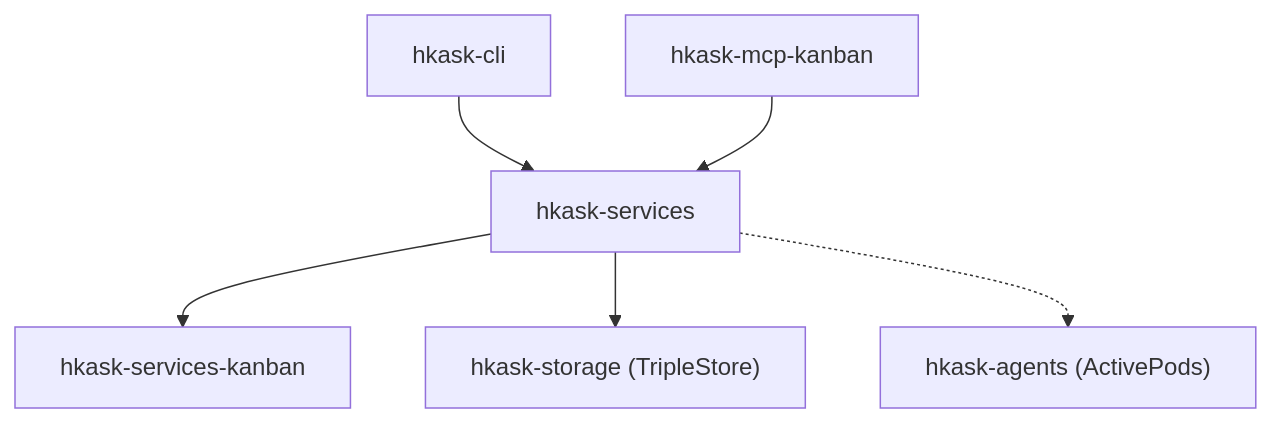
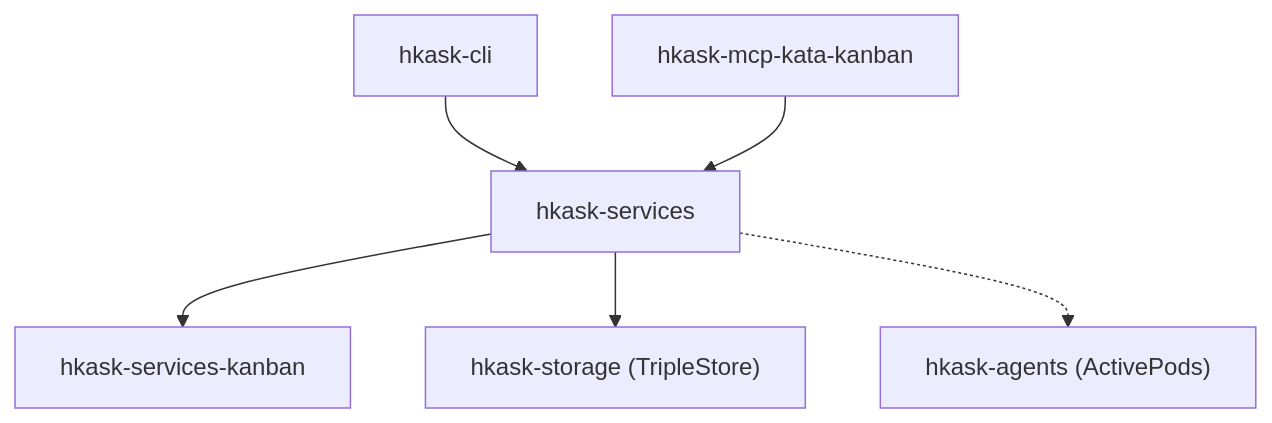
Before and after one commit to mdz-axo/hKask: the third of 8 diagrams in docs/architecture/hKask-architecture-master.md, drawn with Mermaid. The commit also changed other lines of this file and 37 other files, not shown here.

First line of the commit message:
Introduce kata-kanban MCP and diagram tooling

````diff
--- a/docs/architecture/hKask-architecture-master.md
+++ b/docs/architecture/hKask-architecture-master.md
@@ -891,8 +891,8 @@
 ```mermaid
 graph TD
     CLI["hkask-cli"] --> SVC["hkask-services"]
-    MCP["hkask-mcp-kanban"] --> SVC
+    MCP["hkask-mcp-kata-kanban"] --> SVC
     SVC --> TYPES["hkask-services-kanban"]
     SVC --> STORAGE["hkask-storage (TripleStore)"]
     SVC -.-> AGENTS["hkask-agents (ActivePods)"]
 ```
````
